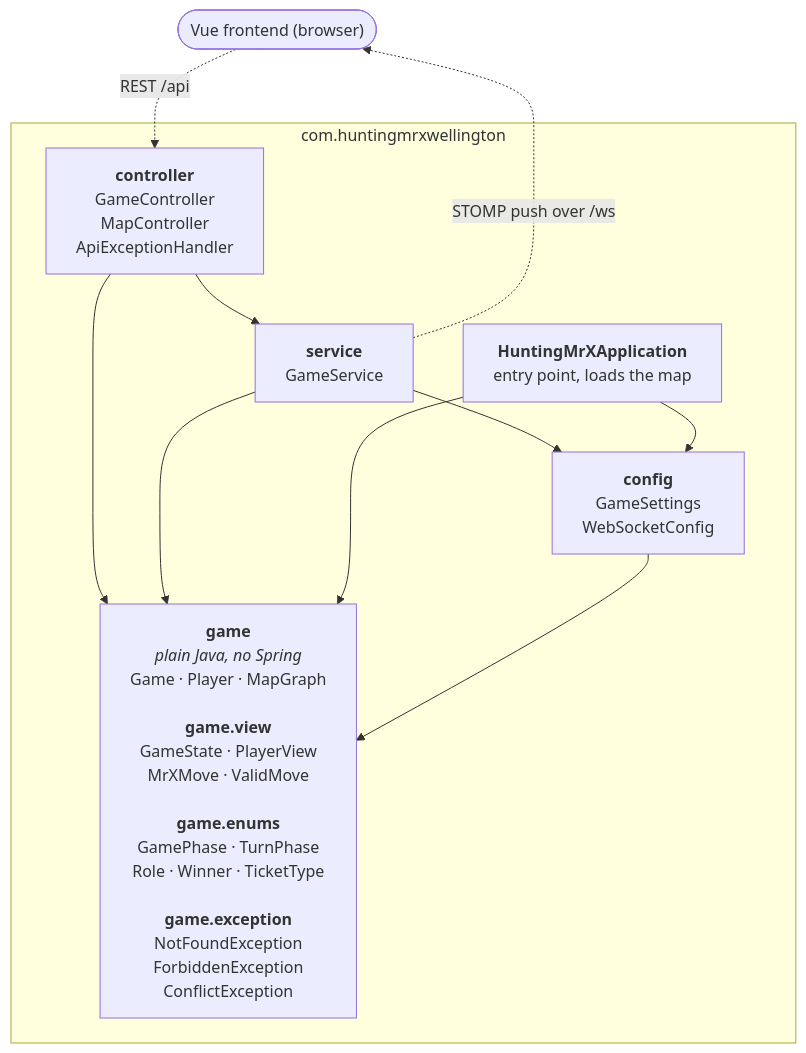
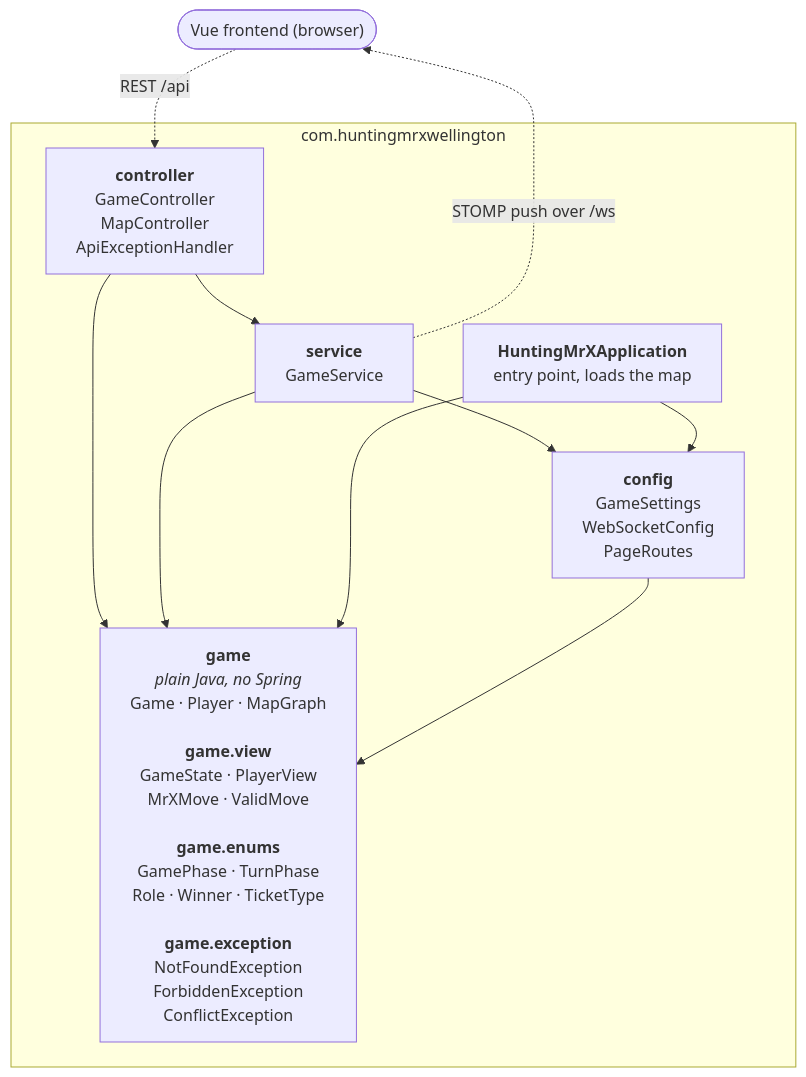
Before and after one commit to Ming-Bao/HuntingMrX: the first of 3 diagrams in documentation/plans/class-graph.md, drawn with Mermaid. The commit also changed other lines of this file and 13 other files, not shown here.

````diff
--- a/documentation/plans/class-graph.md
+++ b/documentation/plans/class-graph.md
@@ -9,22 +9,22 @@
 ```mermaid
 flowchart TB
     client(["Vue frontend (browser)"])
 
     subgraph backend["com.huntingmrxwellington"]
         app["<b>HuntingMrXApplication</b><br/>entry point, loads the map"]
         controller["<b>controller</b><br/>GameController<br/>MapController<br/>ApiExceptionHandler"]
         service["<b>service</b><br/>GameService"]
-        config["<b>config</b><br/>GameSettings<br/>WebSocketConfig"]
+        config["<b>config</b><br/>GameSettings<br/>WebSocketConfig<br/>PageRoutes"]
         game["<b>game</b><br/><i>plain Java, no Spring</i><br/>Game · Player · MapGraph<br/><br/><b>game.view</b><br/>GameState · PlayerView<br/>MrXMove · ValidMove<br/><br/><b>game.enums</b><br/>GamePhase · TurnPhase<br/>Role · Winner · TicketType<br/><br/><b>game.exception</b><br/>NotFoundException<br/>ForbiddenException<br/>ConflictException"]
     end
 
     client -. "REST /api" .-> controller
     service -. "STOMP push over /ws" .-> client
     controller --> service
     controller --> game
     service --> config
     service --> game
     app --> config
     app --> game
     config --> game
 ```
````
